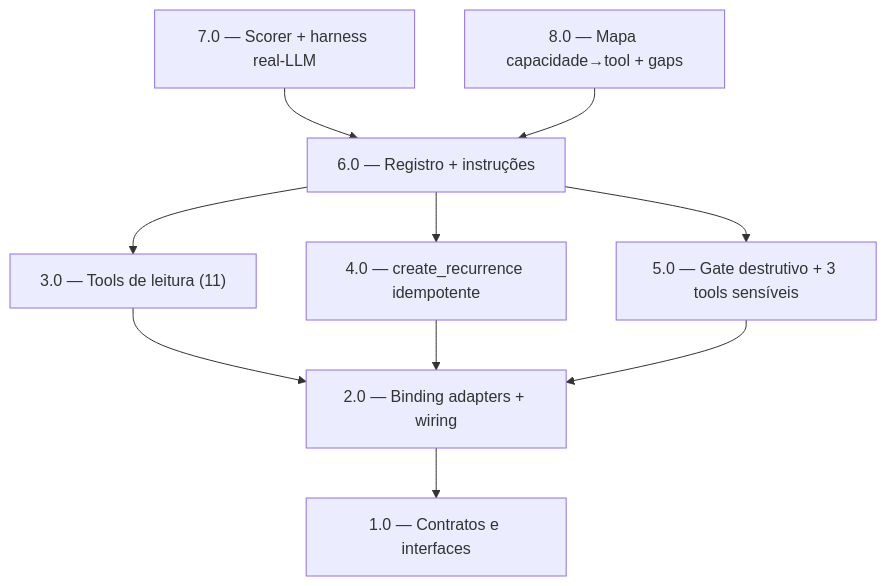
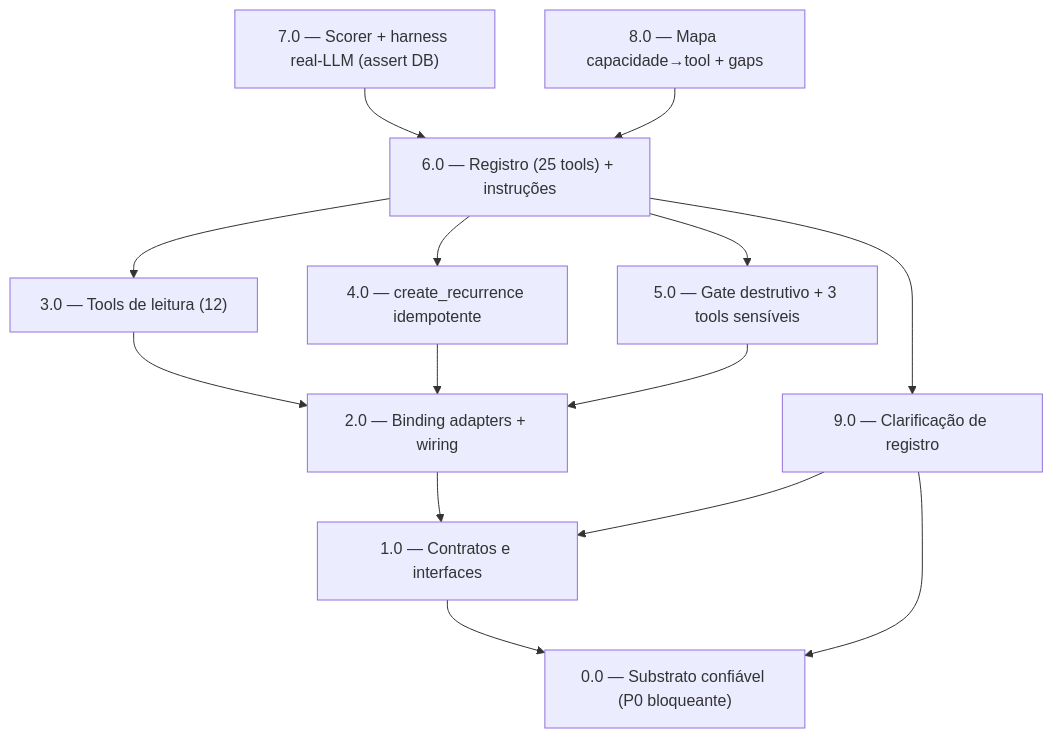
Before and after one commit to LimaTeixeiraTecnologia/mecontrola: the diagram in .specs/prd-mecontrola-agent-tools/tasks.md, drawn with Mermaid. The commit also changed other lines of this file and 14 other files, not shown here.

````diff
--- a/.specs/prd-mecontrola-agent-tools/tasks.md
+++ b/.specs/prd-mecontrola-agent-tools/tasks.md
@@ -51,13 +59,17 @@
 ```mermaid
 graph TD
-    T1["1.0 — Contratos e interfaces"]
+    T0["0.0 — Substrato confiável (P0 bloqueante)"]
+    T1["1.0 — Contratos e interfaces"] --> T0
     T2["2.0 — Binding adapters + wiring"] --> T1
-    T3["3.0 — Tools de leitura (11)"] --> T2
+    T3["3.0 — Tools de leitura (12)"] --> T2
     T4["4.0 — create_recurrence idempotente"] --> T2
     T5["5.0 — Gate destrutivo + 3 tools sensíveis"] --> T2
-    T6["6.0 — Registro + instruções"] --> T3
+    T9["9.0 — Clarificação de registro"] --> T0
+    T9 --> T1
+    T6["6.0 — Registro (25 tools) + instruções"] --> T3
     T6 --> T4
     T6 --> T5
-    T7["7.0 — Scorer + harness real-LLM"] --> T6
+    T6 --> T9
+    T7["7.0 — Scorer + harness real-LLM (assert DB)"] --> T6
     T8["8.0 — Mapa capacidade→tool + gaps"] --> T6
 ```
````
